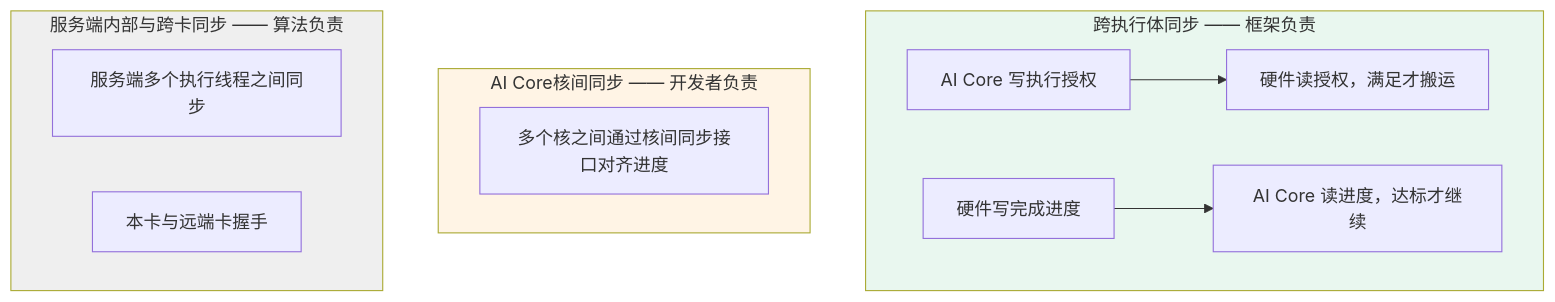
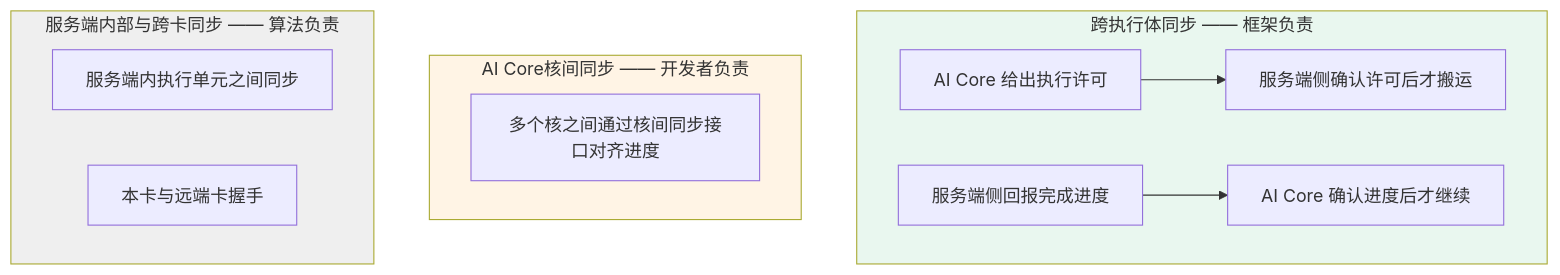
One commit to Atlas-Ascend-Fork/asc-comm changed the second of 4 diagrams in docs/zh/编程模型/MC2编程模型/执行模型.md. Above: the diagram before and after it, drawn with Mermaid. The commit also changed other lines of this file and 1 other file, not shown here.

````diff
--- a/docs/zh/编程模型/MC2编程模型/执行模型.md
+++ b/docs/zh/编程模型/MC2编程模型/执行模型.md
@@ -95,20 +99,20 @@
 ```mermaid
 flowchart TB
     subgraph L1["跨执行体同步 —— 框架负责"]
-        A1["AI Core 写执行授权"] --> A2["硬件读授权，满足才搬运"]
-        A3["硬件写完成进度"] --> A4["AI Core 读进度，达标才继续"]
+        A1["AI Core 给出执行许可"] --> A2["服务端侧确认许可后才搬运"]
+        A3["服务端侧回报完成进度"] --> A4["AI Core 确认进度后才继续"]
     end
 
     subgraph L2["AI Core核间同步 —— 开发者负责"]
         B1["多个核之间通过核间同步接口对齐进度"]
     end
 
     subgraph L3["服务端内部与跨卡同步 —— 算法负责"]
-        C1["服务端多个执行线程之间同步"]
+        C1["服务端内执行单元之间同步"]
         C2["本卡与远端卡握手"]
     end
 
     style L1 fill:#e9f7ef
     style L2 fill:#fff4e5
     style L3 fill:#efefef
 ```
````
